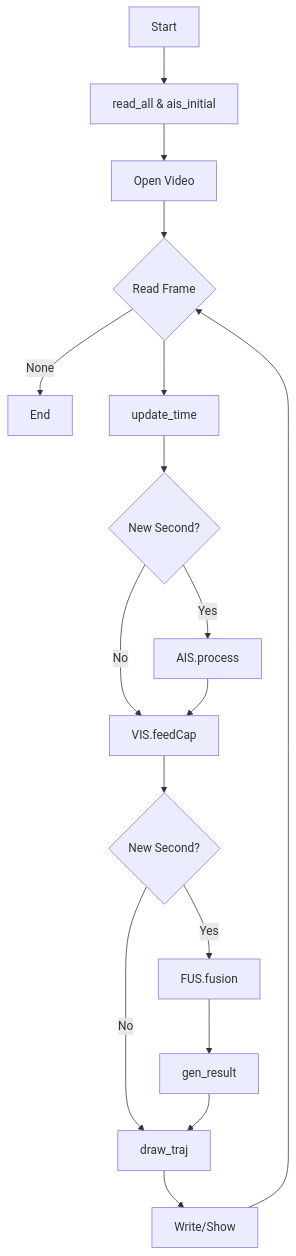
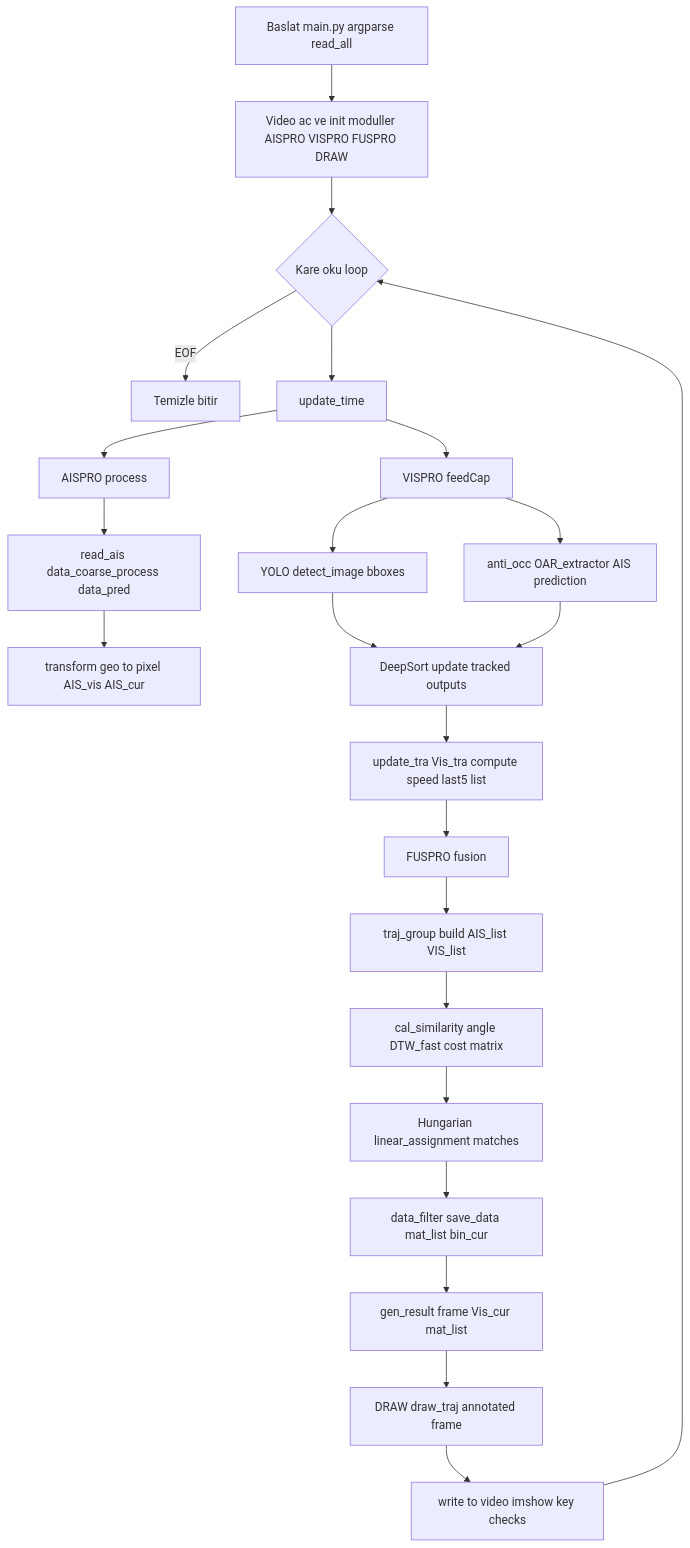
One commit to furkan-ylmz/deepsorvf changed the second of 2 diagrams in README.md. Above: the diagram before and after it, drawn with Mermaid. The commit also changed other lines of this file and 10 other files, not shown here.

````diff
--- a/README.md
+++ b/README.md
@@ -94,19 +223,24 @@
 ```mermaid
 flowchart TD
-    A[Start] --> B[read_all & ais_initial]
-    B --> C[Open Video]
-    C --> D{Read Frame}
-    D -->|None| Z[End]
-    D --> E[update_time]
-    E --> F{New Second?}
-    F -->|Yes| G[AIS.process]
-    F -->|No| H[VIS.feedCap]
-    G --> H[VIS.feedCap]
-    H --> I{New Second?}
-    I -->|Yes| J[FUS.fusion]
-    I -->|No| K[draw_traj]
-    J --> L[gen_result]
-    L --> K[draw_traj]
-    K --> M[Write/Show]
-    M --> D
+  A[Baslat main.py argparse read_all] --> B[Video ac ve init moduller AISPRO VISPRO FUSPRO DRAW]
+  B --> C{Kare oku loop}
+  C -->|EOF| Z[Temizle bitir]
+  C --> D[update_time]
+  D --> E[AISPRO process]
+  E --> E1[read_ais data_coarse_process data_pred]
+  E1 --> E2[transform geo to pixel AIS_vis AIS_cur]
+  D --> F[VISPRO feedCap]
+  F --> F1[YOLO detect_image bboxes]
+  F --> F2[anti_occ OAR_extractor AIS prediction]
+  F1 & F2 --> G[DeepSort update tracked outputs]
+  G --> H[update_tra Vis_tra compute speed last5 list]
+  H --> I[FUSPRO fusion]
+  I --> I1[traj_group build AIS_list VIS_list]
+  I1 --> I2[cal_similarity angle DTW_fast cost matrix]
+  I2 --> I3[Hungarian linear_assignment matches]
+  I3 --> I4[data_filter save_data mat_list bin_cur]
+  I4 --> J[gen_result frame Vis_cur mat_list]
+  J --> K[DRAW draw_traj annotated frame]
+  K --> L[write to video imshow key checks]
+  L --> C
 ```
````
